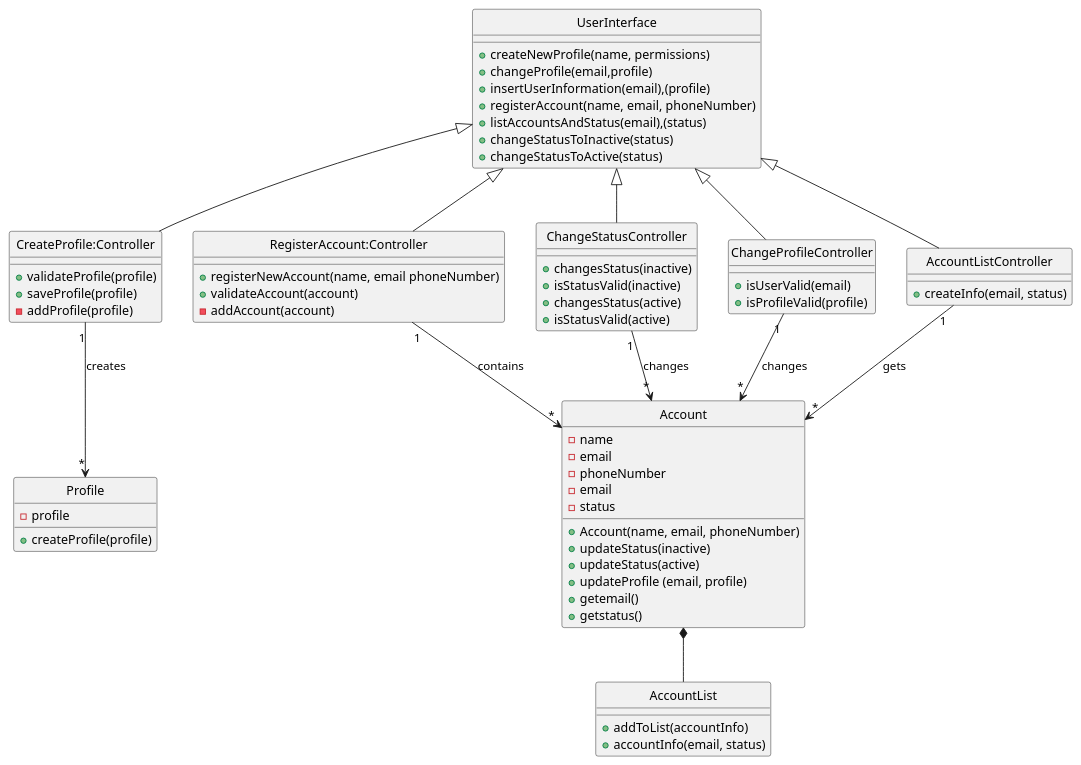
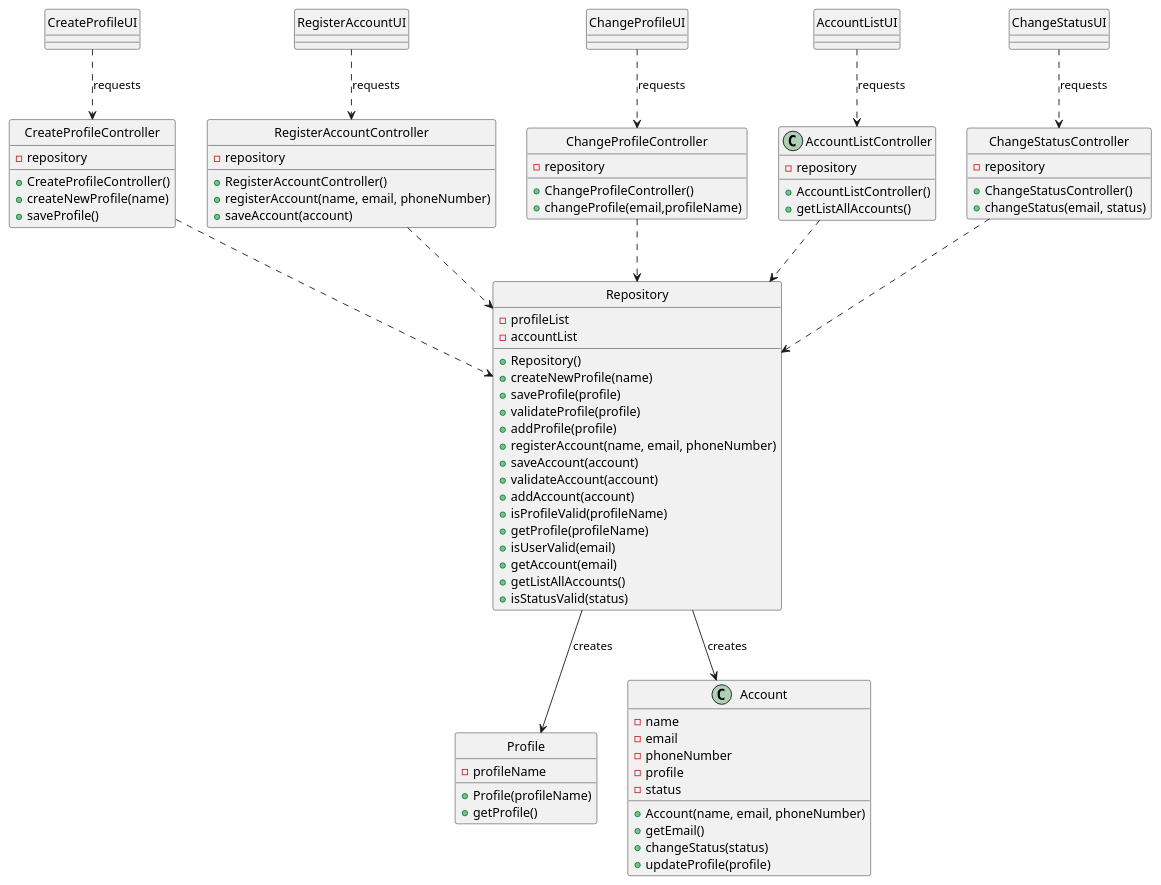
Before and after one commit to Loracline/project_switch_22-23: the diagram in docs/modelling_design/user_stories/Class_Diagram.puml, drawn with PlantUML.

Commit message:
US 001-006: Design: updated Class Diagram

```diff
--- a/docs/modelling_design/user_stories/Class_Diagram.puml
+++ b/docs/modelling_design/user_stories/Class_Diagram.puml
@@ -1,88 +1,117 @@
 @startuml
-class UserInterface{
-+createNewProfile(name, permissions)
-+changeProfile(email,profile)
-+insertUserInformation(email),(profile)
+class CreateProfileUI{
+}
+hide CreateProfileUI circle
+
+class RegisterAccountUI{
+}
+hide RegisterAccountUI circle
+
+class ChangeProfileUI{
+}
+hide ChangeProfileUI circle
+
+class AccountListUI{
+}
+hide AccountListUI circle
+
+class ChangeStatusUI{
+}
+hide ChangeStatusUI circle
+
+class Repository{
+-profileList
+-accountList
++Repository()
++createNewProfile(name)
++saveProfile(profile)
++validateProfile(profile)
++addProfile(profile)
 +registerAccount(name, email, phoneNumber)
-+listAccountsAndStatus(email),(status)
-+changeStatusToInactive(status)
-+changeStatusToActive(status)
++saveAccount(account)
++validateAccount(account)
++addAccount(account)
++isProfileValid(profileName)
++getProfile(profileName)
++isUserValid(email)
++getAccount(email)
++getListAllAccounts()
++isStatusValid(status)
 }
+hide Repository circle
+
 class Profile{
--profile
-+createProfile(profile)
+-profileName
++Profile(profileName)
++getProfile()
 }
+hide Profile circle
+
 class Account {
 -name
 -email
 -phoneNumber
+-profile
+-status
 +Account(name, email, phoneNumber)
-+ updateStatus(inactive)
-+ updateStatus(active)
-+ updateProfile (email, profile)
--email
--status
-+getemail()
-+getstatus()
++getEmail()
++changeStatus(status)
++updateProfile(profile)
+}
+hide Profile circle
+
+class CreateProfileController {
+-repository
++CreateProfileController()
++createNewProfile(name)
++saveProfile()
+}
+hide CreateProfileController circle
+
+class RegisterAccountController {
+-repository
++RegisterAccountController()
++registerAccount(name, email, phoneNumber)
++saveAccount(account)
+
+}
+hide RegisterAccountController circle
+
+class ChangeProfileController {
+-repository
++ChangeProfileController()
++changeProfile(email,profileName)
+}
+hide ChangeProfileController circle
+
+class AccountListController{
+-repository
++AccountListController()
++getListAllAccounts()
 }
 
-class "CreateProfile:Controller" {
-+validateProfile(profile)
-+saveProfile(profile)
--addProfile(profile)
+class ChangeStatusController{
+-repository
++ChangeStatusController()
++changeStatus(email, status)
 }
-class "RegisterAccount:Controller" {
-+registerNewAccount(name, email phoneNumber)
-+validateAccount(account)
--addAccount(account)
-}
-class ChangeStatusController{
-+changesStatus(inactive)
-+isStatusValid(inactive)
-+changesStatus(active)
-+isStatusValid(active)
-}
-class ChangeProfileController {
-+isUserValid(email)
-+isProfileValid(profile)
-}
-class "AccountListController" {
-+createInfo(email, status)
-}
+hide ChangeStatusController circle
 
-class AccountList{
-+addToList(accountInfo)
-+accountInfo(email, status)
-}
+CreateProfileUI ..>  CreateProfileController: requests
+RegisterAccountUI ..>  RegisterAccountController: requests
+ChangeProfileUI ..> ChangeProfileController: requests
+AccountListUI ..> AccountListController: requests
+ChangeStatusUI ..> ChangeStatusController: requests
 
-hide Profile circle
-hide "CreateProfile:Controller" circle
-hide UserInterface circle
-hide "RegisterAccount:Controller" circle
-hide Account circle
-hide ChangeStatusController circle
-hide Account circle
-hide ChangeStatusController circle
-hide Account circle
-hide ChangeProfileController circle
-hide Account circle
-hide UserInterface circle
-hide "Account" circle
-hide "AccountList" circle
-hide "AccountListController" circle
+CreateProfileController ..> Repository
+RegisterAccountController ..> Repository
+ChangeProfileController ..> Repository
+AccountListController ..> Repository
+ChangeStatusController ..> Repository
 
-UserInterface <|-- "CreateProfile:Controller"
-UserInterface <|-- "RegisterAccount:Controller"
-UserInterface <|-- ChangeStatusController
-UserInterface <|-- ChangeProfileController
-UserInterface <|-- "AccountListController"
+Repository --> Profile: creates
+Repository --> Account: creates
 
-"CreateProfile:Controller" "1" --> "*" Profile: creates
-"RegisterAccount:Controller" "1" --> "*" Account: contains
-ChangeStatusController "1" -->"*"Account: changes
-ChangeProfileController "1" -->"*"Account: changes
-"AccountListController" "1" --> "*" Account: gets
-Account *-- AccountList
 
 
 @enduml
```
